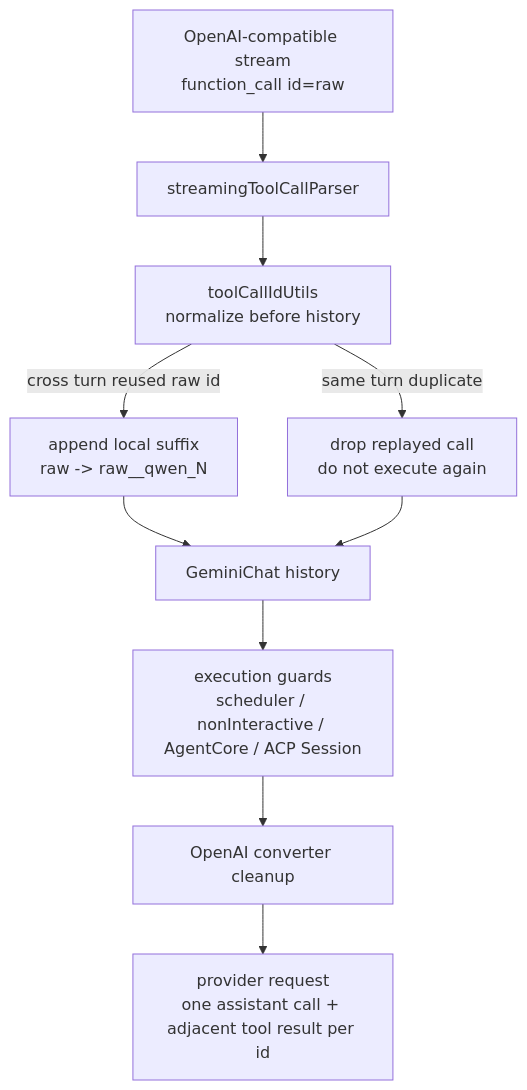
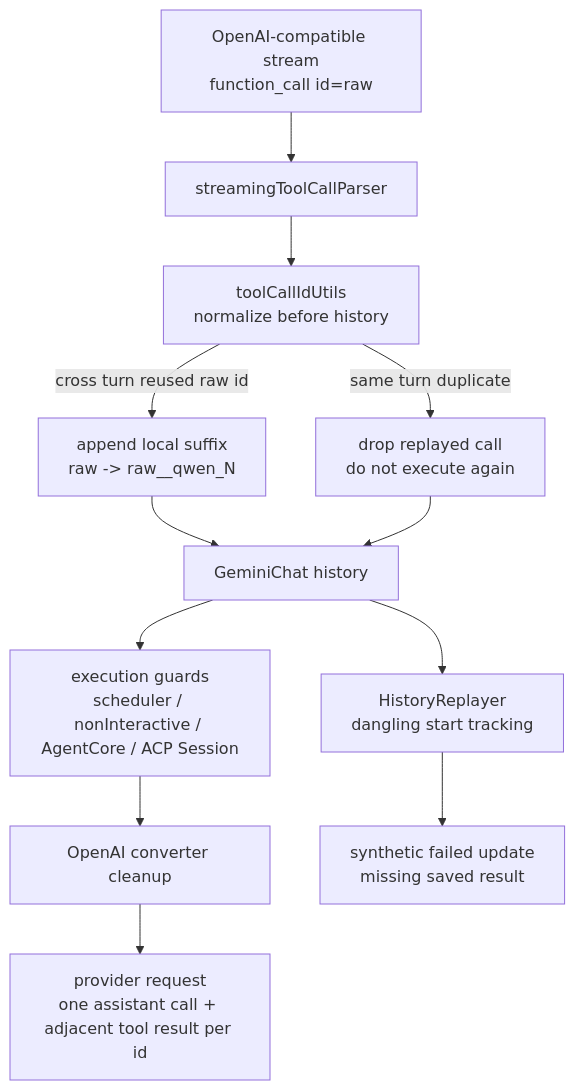
The diagram in qwen-code/feature/tool-call-id-integrity.md (doudouOUC/code_agent), drawn with Mermaid before and after one commit. The commit also changed other lines of this file and 12 other files, not shown here.

````diff
--- a/qwen-code/feature/tool-call-id-integrity.md
+++ b/qwen-code/feature/tool-call-id-integrity.md
@@ -21,12 +23,14 @@
 ```mermaid
 flowchart TD
     MODEL["OpenAI-compatible stream<br/>function_call id=raw"] --> PARSER["streamingToolCallParser"]
     PARSER --> NORM["toolCallIdUtils<br/>normalize before history"]
     NORM -->|"same turn duplicate"| DROP["drop replayed call<br/>do not execute again"]
     NORM -->|"cross turn reused raw id"| SUFFIX["append local suffix<br/>raw -> raw__qwen_N"]
     SUFFIX --> HIST["GeminiChat history"]
     DROP --> HIST
     HIST --> GUARD["execution guards<br/>scheduler / nonInteractive / AgentCore / ACP Session"]
     GUARD --> CONV["OpenAI converter cleanup"]
     CONV --> REQ["provider request<br/>one assistant call + adjacent tool result per id"]
+    HIST --> REPLAY["HistoryReplayer<br/>dangling start tracking"]
+    REPLAY --> FAIL["synthetic failed update<br/>missing saved result"]
 ```
````
